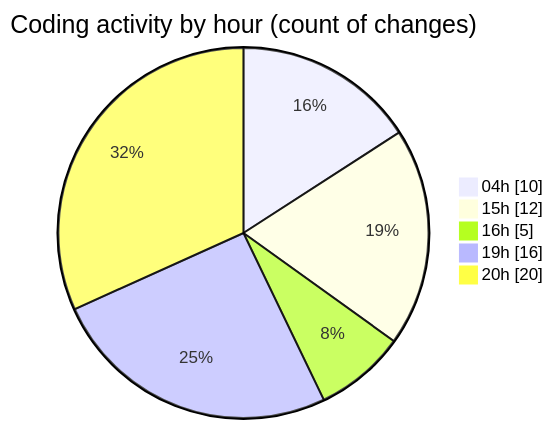
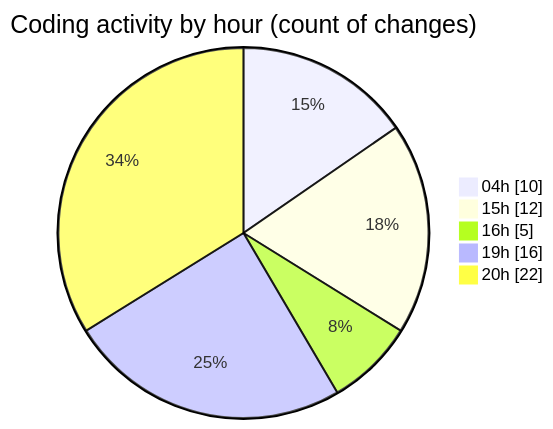
The second of 2 diagrams in 2025-03-17/sharpmasm/README.md (charlie-sans/code-tracking), drawn with Mermaid before and after one commit. The commit also changed other lines of this file and 1 other file, not shown here.

````diff
--- a/2025-03-17/sharpmasm/README.md
+++ b/2025-03-17/sharpmasm/README.md
@@ -37,9 +37,9 @@
 ```mermaid
 pie showData
 title Coding activity by hour (count of changes)
 "04h" : 10
 "15h" : 12
 "16h" : 5
 "19h" : 16
-"20h" : 20
+"20h" : 22
 ```
````
